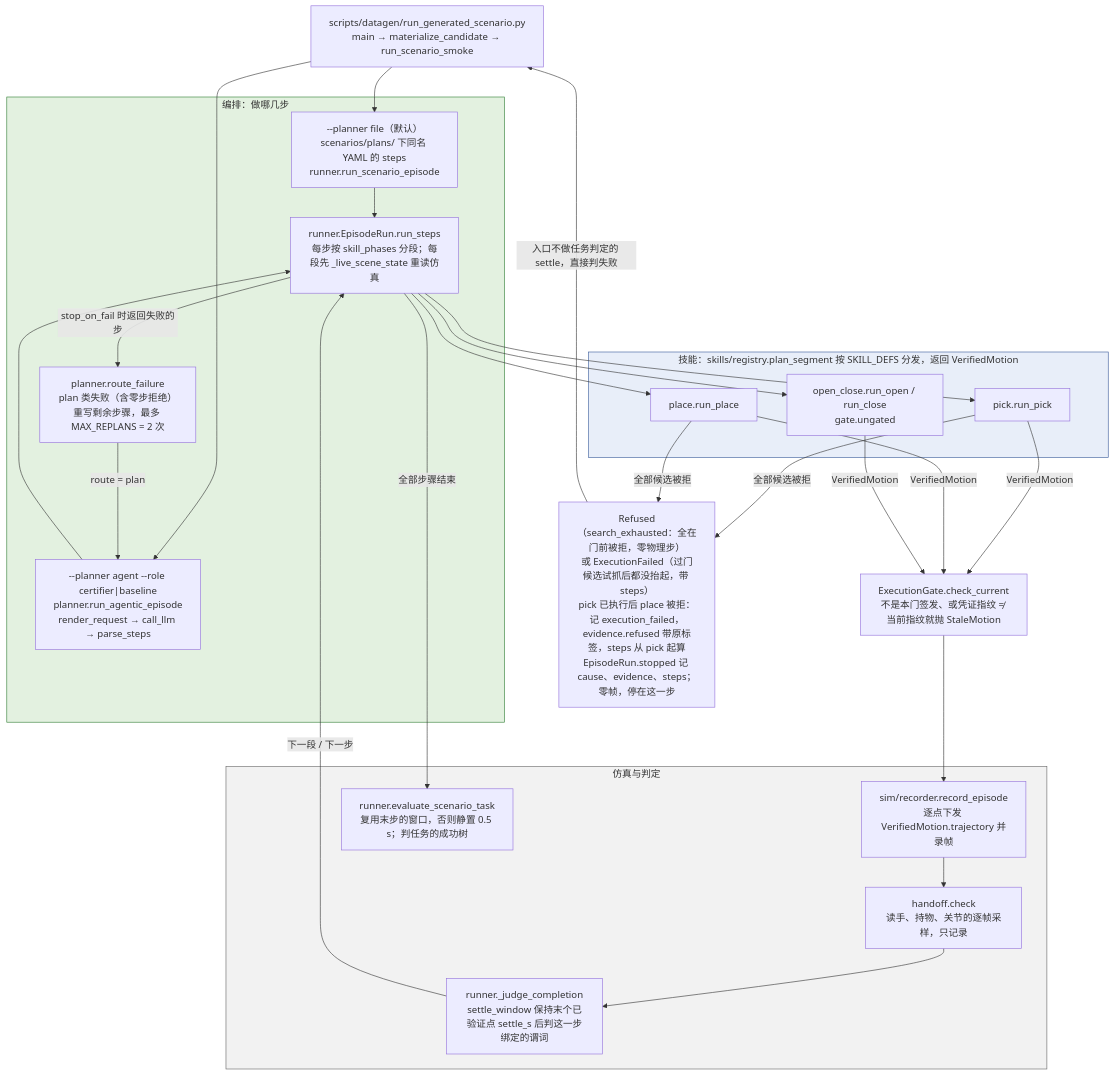
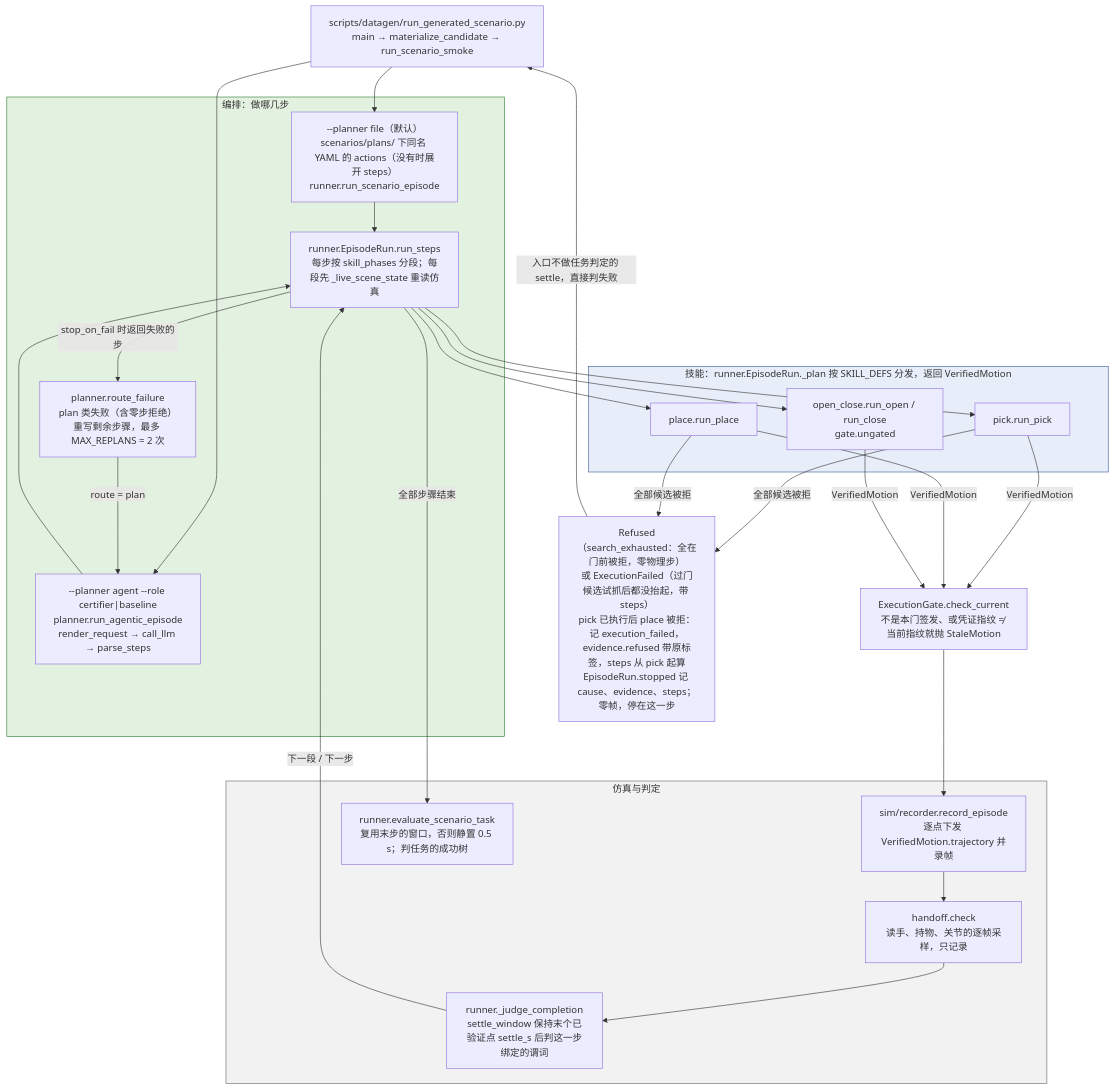
Before and after one commit to ZJLi2013/RoboSmith: the first of 2 diagrams in docs/call-chain.md, drawn with Mermaid. The commit also changed other lines of this file and 2 other files, not shown here.

Commit message:
docs: a plan file's actions run through EpisodeRun, the only entry

````diff
--- a/docs/call-chain.md
+++ b/docs/call-chain.md
@@ -23,43 +23,43 @@
 ```mermaid
 flowchart TD
     CLI["scripts/datagen/run_generated_scenario.py<br/>main → materialize_candidate → run_scenario_smoke"]
 
     subgraph ORCH["编排：做哪几步"]
-        T["--planner file（默认）<br/>scenarios/plans/ 下同名 YAML 的 steps<br/>runner.run_scenario_episode"]
+        T["--planner file（默认）<br/>scenarios/plans/ 下同名 YAML 的 actions（没有时展开 steps）<br/>runner.run_scenario_episode"]
         A["--planner agent --role certifier|baseline<br/>planner.run_agentic_episode<br/>render_request → call_llm → parse_steps"]
         RF["planner.route_failure<br/>plan 类失败（含零步拒绝）重写剩余步骤，最多 MAX_REPLANS = 2 次"]
         RUN["runner.EpisodeRun.run_steps<br/>每步按 skill_phases 分段；每段先 _live_scene_state 重读仿真"]
     end
 
-    subgraph SKILL["技能：skills/registry.plan_segment 按 SKILL_DEFS 分发，返回 VerifiedMotion"]
+    subgraph SKILL["技能：runner.EpisodeRun._plan 按 SKILL_DEFS 分发，返回 VerifiedMotion"]
         PICK["pick.run_pick"]
         PLACE["place.run_place"]
         OC["open_close.run_open / run_close<br/>gate.ungated"]
     end
 
     INF["Refused（search_exhausted：全在门前被拒，零物理步）<br/>或 ExecutionFailed（过门候选试抓后都没抬起，带 steps）<br/>pick 已执行后 place 被拒：记 execution_failed，evidence.refused 带原标签，steps 从 pick 起算<br/>EpisodeRun.stopped 记 cause、evidence、steps；零帧，停在这一步"]
     CUR["ExecutionGate.check_current<br/>不是本门签发、或凭证指纹 ≠ 当前指纹就抛 StaleMotion"]
 
     subgraph SIM["仿真与判定"]
         REC["sim/recorder.record_episode<br/>逐点下发 VerifiedMotion.trajectory 并录帧"]
         HO["handoff.check<br/>读手、持物、关节的逐帧采样，只记录"]
         JC["runner._judge_completion<br/>settle_window 保持末个已验证点 settle_s 后判这一步绑定的谓词"]
         TASK["runner.evaluate_scenario_task<br/>复用末步的窗口，否则静置 0.5 s；判任务的成功树"]
     end
 
     CLI --> T & A
     T --> RUN
     A --> RUN
     RUN -->|stop_on_fail 时返回失败的步| RF
     RF -->|route = plan| A
     RUN --> PICK & PLACE & OC
     PICK & PLACE -->|全部候选被拒| INF
     PICK & PLACE & OC -->|VerifiedMotion| CUR --> REC
     REC --> HO --> JC -->|下一段 / 下一步| RUN
     RUN -->|全部步骤结束| TASK
     INF -->|入口不做任务判定的 settle，直接判失败| CLI
 
     style ORCH fill:#e3f1e0,stroke:#2e7d32
     style SKILL fill:#e8eef9,stroke:#3b5b9a
     style SIM fill:#f2f2f2,stroke:#666
 ```
````
